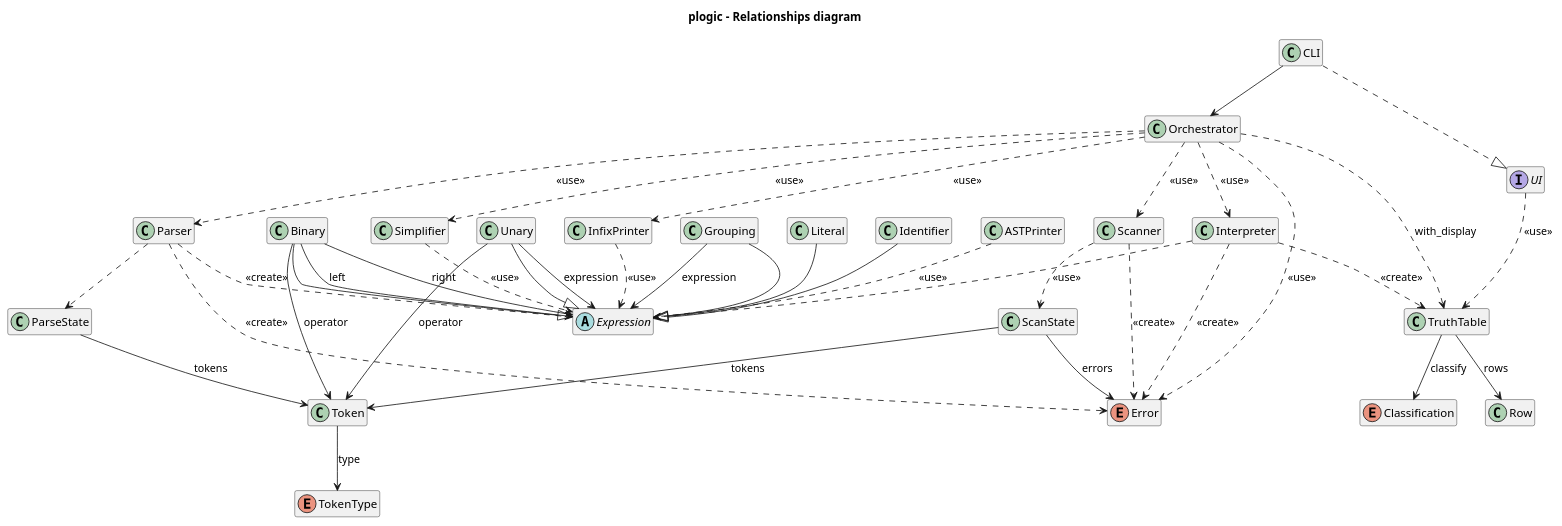
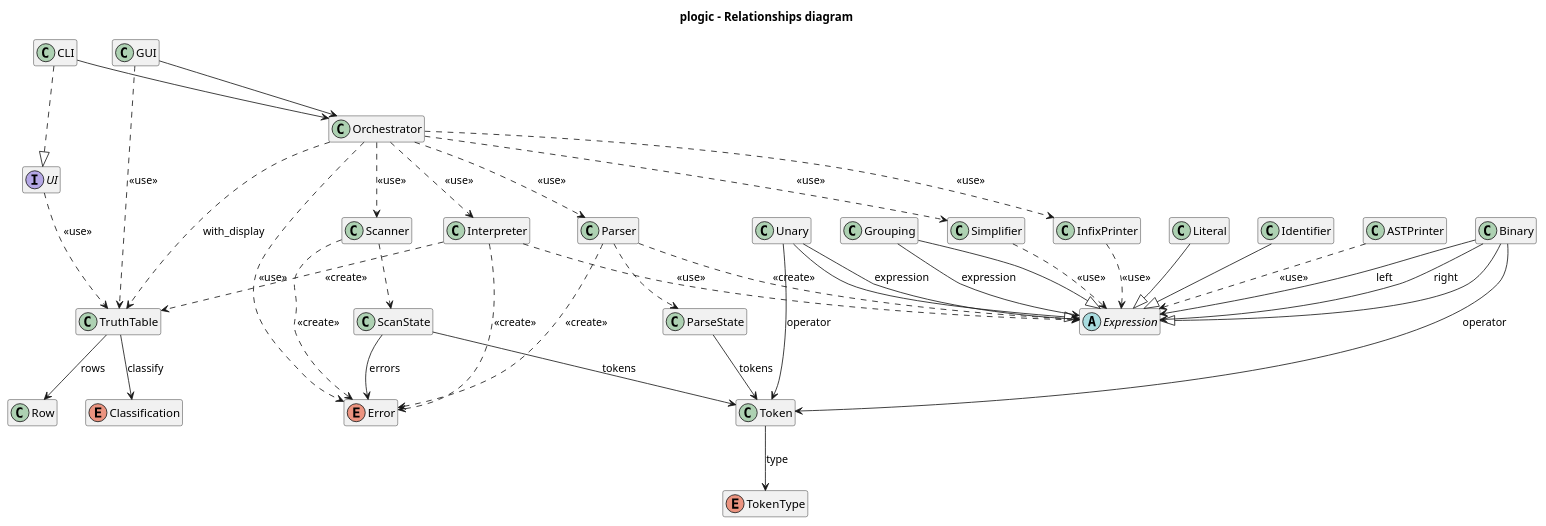
One commit to Josgtg/plogic changed the diagram in design/diagrams/relationships_diagram.puml. Above: the diagram before and after it, drawn with PlantUML. The commit also changed 11 other files, not shown here.

Commit message:
design: document the graphical window

```diff
--- a/design/diagrams/relationships_diagram.puml
+++ b/design/diagrams/relationships_diagram.puml
@@ -1,83 +1,87 @@
 @startuml relationships_diagram
 title plogic - Relationships diagram
 
 skinparam classAttributeIconSize 0
 hide empty members
 
 interface UI
 
 class CLI
+
+class GUI
 
 class Orchestrator
 enum TokenType
 class Token
 
 class Scanner
 
 class Parser
 enum Error
 class ScanState
 class ParseState
 class Simplifier
 class Interpreter
 class TruthTable
 class Row
 enum Classification
 
 abstract class Expression
 class Binary
 class Unary
 class Grouping
 class Literal
 class Identifier
 class ASTPrinter
 class InfixPrinter
 
 CLI ..|> UI
 CLI --> Orchestrator
+GUI --> Orchestrator
 
 Orchestrator ..> Scanner : <<use>>
 Orchestrator ..> Parser : <<use>>
 Orchestrator ..> Simplifier : <<use>>
 Orchestrator ..> Interpreter : <<use>>
 Orchestrator ..> TruthTable : with_display
 Orchestrator ..> InfixPrinter : <<use>>
 Orchestrator ..> Error : <<use>>
 
 Scanner ..> ScanState
 Parser ..> ParseState
 
 ScanState --> Token : tokens
 ScanState --> Error : errors
 ParseState --> Token : tokens
 Token --> TokenType : type
 
 Parser ..> Expression : <<create>>
 Parser ..> Error : <<create>>
 Scanner ..> Error : <<create>>
 Interpreter ..> Error : <<create>>
 
 Binary --|> Expression
 Unary --|> Expression
 Grouping --|> Expression
 Literal --|> Expression
 Identifier --|> Expression
 
 Binary --> Expression : left
 Binary --> Expression : right
 Binary --> Token : operator
 Unary --> Expression : expression
 Unary --> Token : operator
 Grouping --> Expression : expression
 
 ASTPrinter ..> Expression : <<use>>
 InfixPrinter ..> Expression : <<use>>
 Simplifier ..> Expression : <<use>>
 Interpreter ..> Expression : <<use>>
 
 Interpreter ..> TruthTable : <<create>>
 TruthTable --> Row : rows
 TruthTable --> Classification : classify
 UI ..> TruthTable : <<use>>
+GUI ..> TruthTable : <<use>>
 
 @enduml
```
